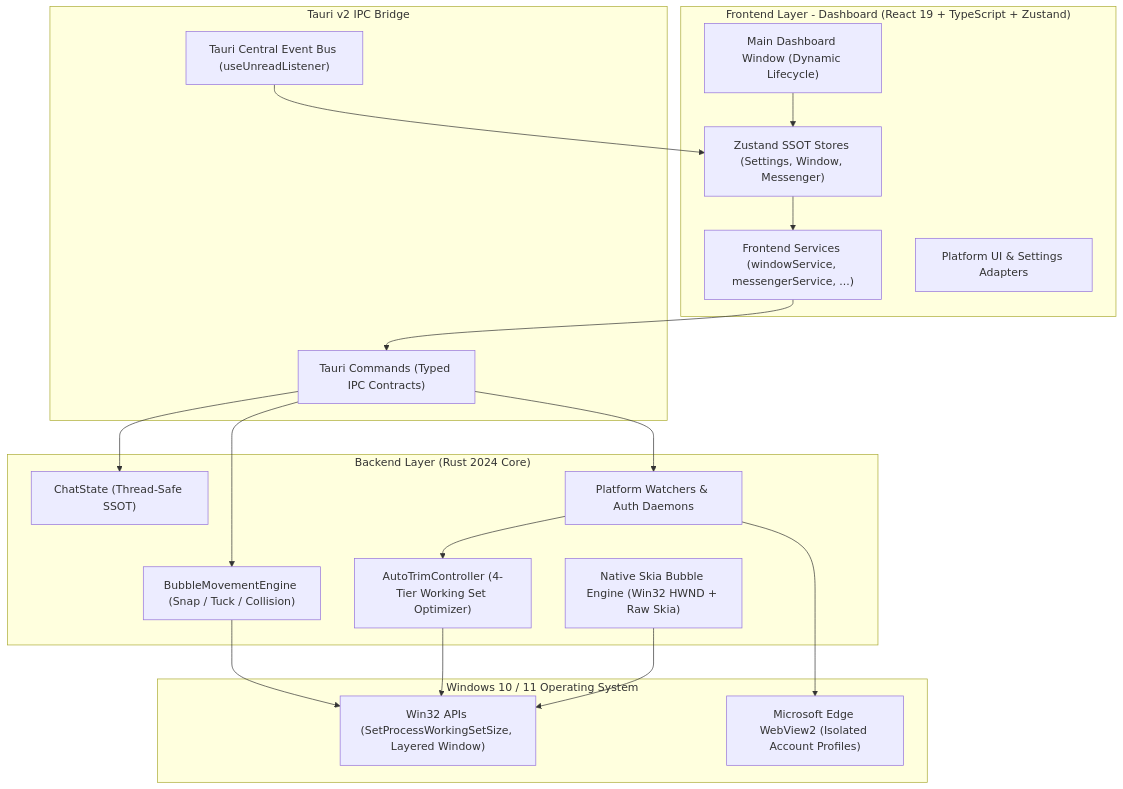
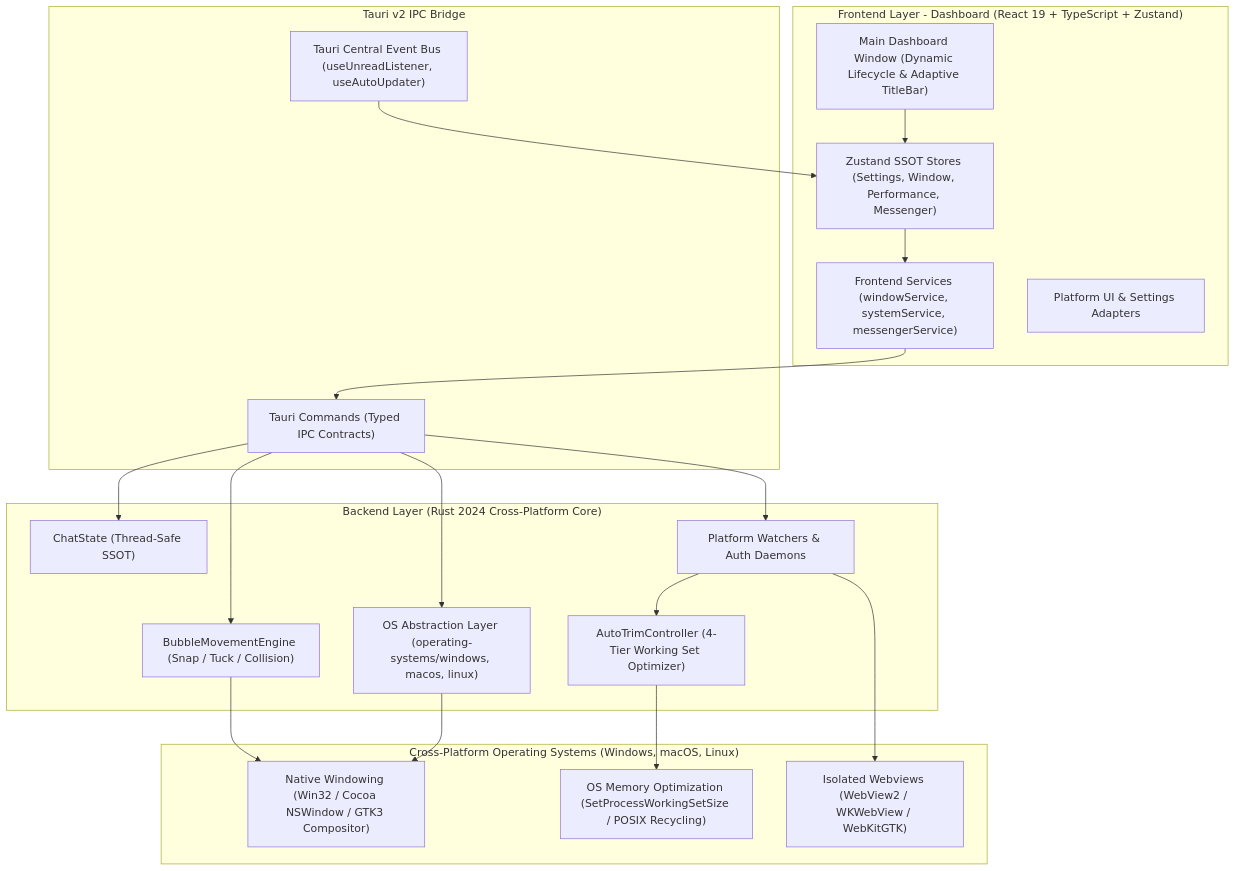
One commit to Lelequyngocquy/desktop-bubble-chat changed the diagram in README.md. Above: the diagram before and after it, drawn with Mermaid. The commit also changed other lines of this file and 1 other file, not shown here.

````diff
--- a/README.md
+++ b/README.md
@@ -98,42 +157,44 @@
 ```mermaid
 flowchart TD
     subgraph Frontend["Frontend Layer - Dashboard (React 19 + TypeScript + Zustand)"]
-        UI["Main Dashboard Window (Dynamic Lifecycle)"]
-        STORE["Zustand SSOT Stores (Settings, Window, Messenger)"]
-        SERVICES["Frontend Services (windowService, messengerService, ...)"]
+        UI["Main Dashboard Window (Dynamic Lifecycle & Adaptive TitleBar)"]
+        STORE["Zustand SSOT Stores (Settings, Window, Performance, Messenger)"]
+        SERVICES["Frontend Services (windowService, systemService, messengerService)"]
         FE_PLUG["Platform UI & Settings Adapters"]
     end
 
     subgraph IPC["Tauri v2 IPC Bridge"]
         INVOKE["Tauri Commands (Typed IPC Contracts)"]
-        EVENTS["Tauri Central Event Bus (useUnreadListener)"]
+        EVENTS["Tauri Central Event Bus (useUnreadListener, useAutoUpdater)"]
     end
 
-    subgraph Backend["Backend Layer (Rust 2024 Core)"]
+    subgraph Backend["Backend Layer (Rust 2024 Cross-Platform Core)"]
         STATE["ChatState (Thread-Safe SSOT)"]
         TRIM["AutoTrimController (4-Tier Working Set Optimizer)"]
         ENGINE["BubbleMovementEngine (Snap / Tuck / Collision)"]
-        SKIA["Native Skia Bubble Engine (Win32 HWND + Raw Skia)"]
+        OS_HAL["OS Abstraction Layer (operating-systems/windows, macos, linux)"]
         BE_PLUG["Platform Watchers & Auth Daemons"]
     end
 
-    subgraph OS["Windows 10 / 11 Operating System"]
-        WIN32["Win32 APIs (SetProcessWorkingSetSize, Layered Window)"]
-        WV2["Microsoft Edge WebView2 (Isolated Account Profiles)"]
+    subgraph OS["Cross-Platform Operating Systems (Windows, macOS, Linux)"]
+        NATIVE_WIN["Native Windowing (Win32 / Cocoa NSWindow / GTK3 Compositor)"]
+        NATIVE_MEM["OS Memory Optimization (SetProcessWorkingSetSize / POSIX Recycling)"]
+        WEBVIEWS["Isolated Webviews (WebView2 / WKWebView / WebKitGTK)"]
     end
 
     UI --> STORE
     STORE --> SERVICES
     SERVICES --> INVOKE
     EVENTS --> STORE
 
     INVOKE --> STATE
     INVOKE --> ENGINE
+    INVOKE --> OS_HAL
     INVOKE --> BE_PLUG
 
     BE_PLUG --> TRIM
-    TRIM --> WIN32
-    ENGINE --> WIN32
-    SKIA --> WIN32
-    BE_PLUG --> WV2
+    TRIM --> NATIVE_MEM
+    ENGINE --> NATIVE_WIN
+    OS_HAL --> NATIVE_WIN
+    BE_PLUG --> WEBVIEWS
 ```
````
